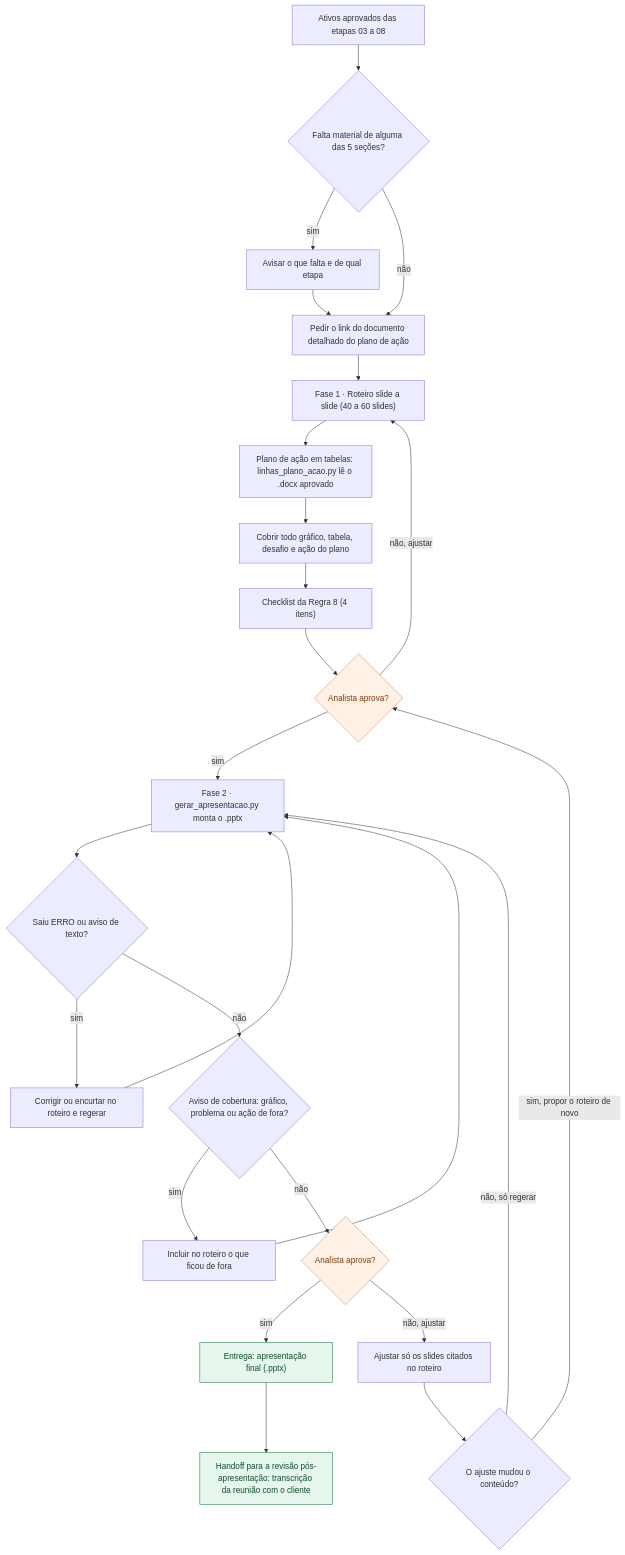
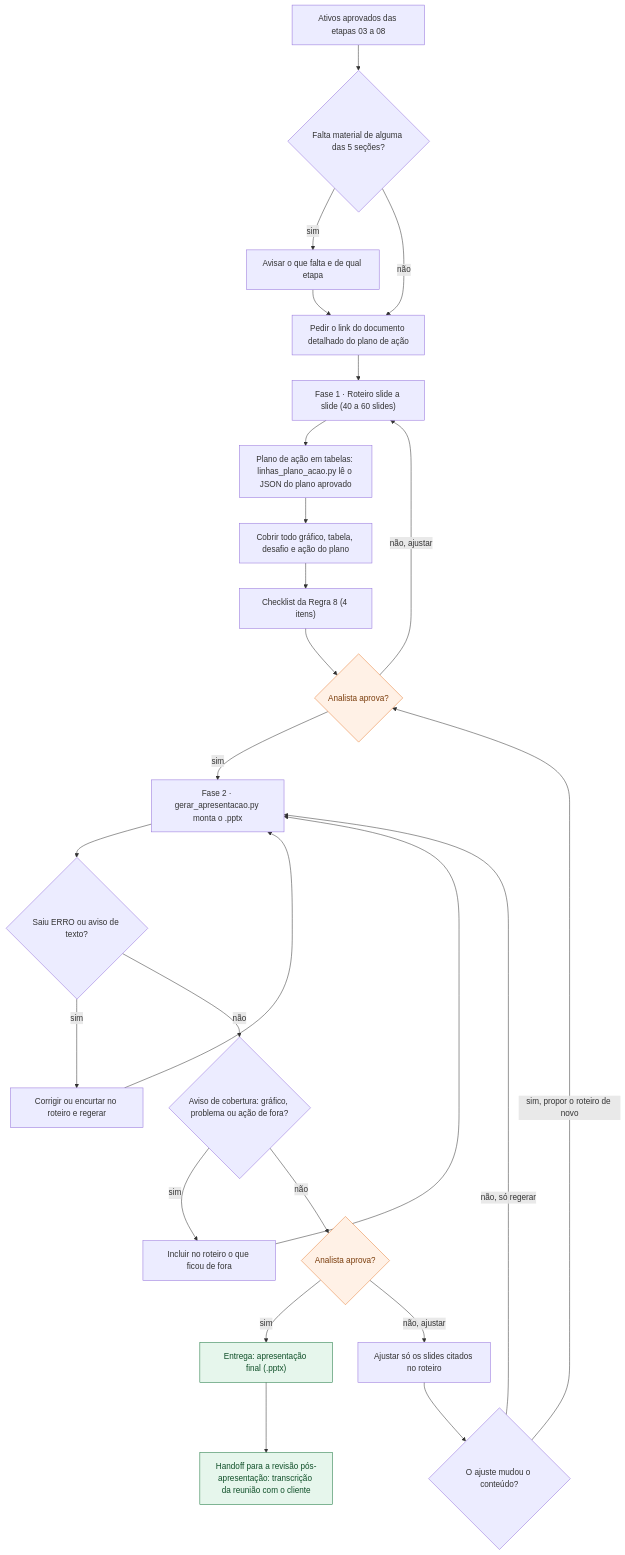
One commit to MatheusBoomer/growth-cycle-boomer changed the diagram in .claude/skills/09-apresentacao-final/fluxo.mmd. Above: the diagram before and after it, drawn with Mermaid. The commit also changed 7 other files, not shown here.

Commit message:
fix(apresentacao): tabela do plano de ação lida do JSON do plano

```diff
--- a/.claude/skills/09-apresentacao-final/fluxo.mmd
+++ b/.claude/skills/09-apresentacao-final/fluxo.mmd
@@ -1,51 +1,51 @@
 flowchart TD
   I1["Ativos aprovados das etapas 03 a 08"]
   D1{"Falta material de alguma das 5 seções?"}
   P1["Avisar o que falta e de qual etapa"]
   P0["Pedir o link do documento detalhado do plano de ação"]
   P2["Fase 1 · Roteiro slide a slide (40 a 60 slides)"]
-  P2B["Plano de ação em tabelas: linhas_plano_acao.py lê o .docx aprovado"]
+  P2B["Plano de ação em tabelas: linhas_plano_acao.py lê o JSON do plano aprovado"]
   P3["Cobrir todo gráfico, tabela, desafio e ação do plano"]
   P4["Checklist da Regra 8 (4 itens)"]
   C1{"Analista aprova?"}
   P5["Fase 2 · gerar_apresentacao.py monta o .pptx"]
   D2{"Saiu ERRO ou aviso de texto?"}
   P6["Corrigir ou encurtar no roteiro e regerar"]
   D3{"Aviso de cobertura: gráfico, problema ou ação de fora?"}
   P8["Incluir no roteiro o que ficou de fora"]
   C2{"Analista aprova?"}
   P7["Ajustar só os slides citados no roteiro"]
   D4{"O ajuste mudou o conteúdo?"}
   E1["Entrega: apresentação final (.pptx)"]
   FIM["Handoff para a revisão pós-apresentação: transcrição da reunião com o cliente"]
 
   I1 --> D1
   D1 -->|"sim"| P1
   D1 -->|"não"| P0
   P1 --> P0
   P0 --> P2
   P2 --> P2B
   P2B --> P3
   P3 --> P4
   P4 --> C1
   C1 -->|"sim"| P5
   C1 -->|"não, ajustar"| P2
   P5 --> D2
   D2 -->|"sim"| P6
   P6 --> P5
   D2 -->|"não"| D3
   D3 -->|"sim"| P8
   P8 --> P5
   D3 -->|"não"| C2
   C2 -->|"sim"| E1
   C2 -->|"não, ajustar"| P7
   P7 --> D4
   D4 -->|"sim, propor o roteiro de novo"| C1
   D4 -->|"não, só regerar"| P5
   E1 --> FIM
 
   class C1,C2 checkpoint
   class E1,FIM entrega
   classDef checkpoint fill:#fff1e6,stroke:#e8803a,color:#7a3d0c
   classDef subagente fill:#e8f0fd,stroke:#1f4fa8,color:#173a7a
   classDef entrega fill:#e6f6ec,stroke:#16743b,color:#0f4f28
```
